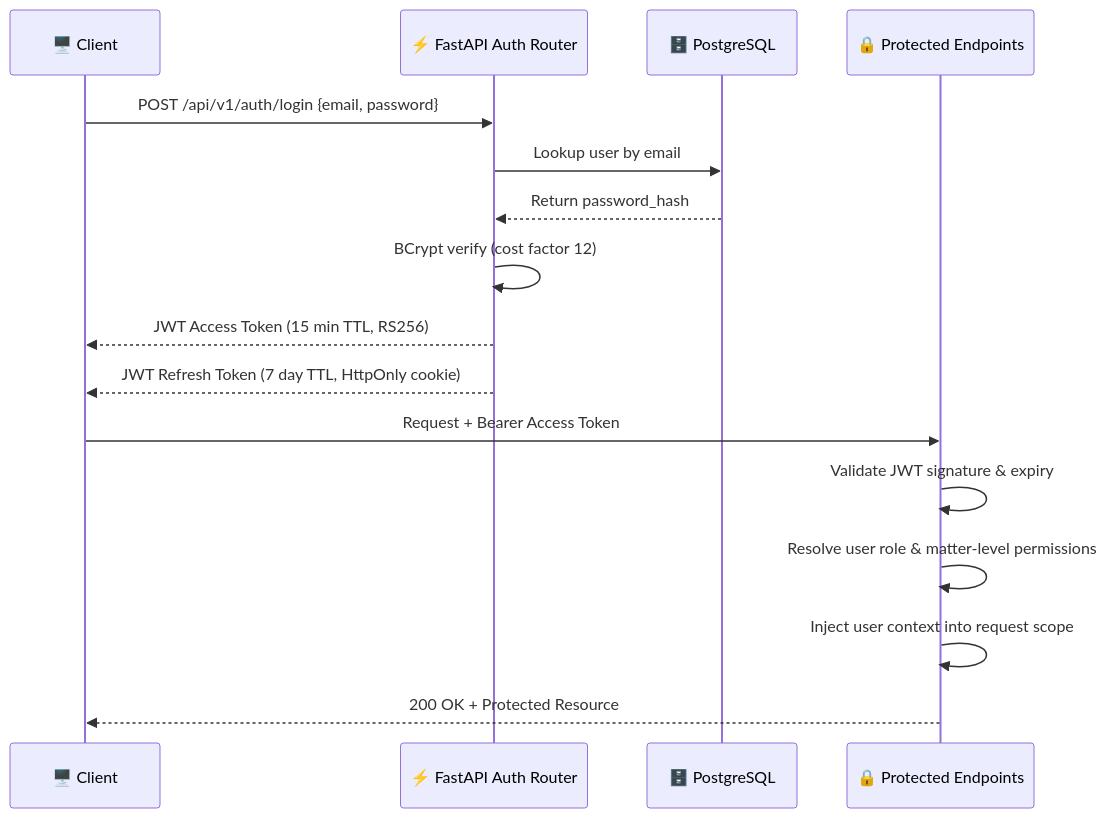
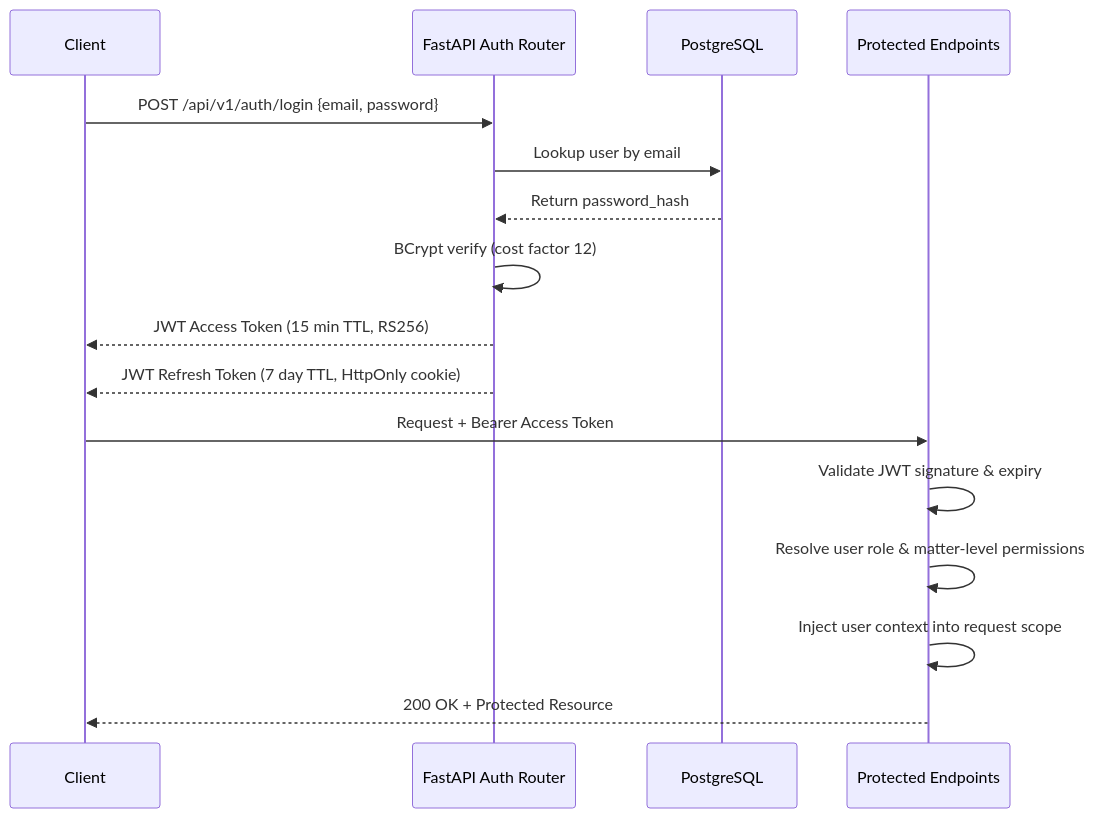
The second of 4 diagrams in README.md (mahak-codes22/leximind-ai), drawn with Mermaid before and after one commit. The commit also changed other lines of this file, not shown here.

````diff
--- a/README.md
+++ b/README.md
@@ -185,20 +185,20 @@
 ```mermaid
 sequenceDiagram
-    participant C as 🖥️ Client
-    participant A as ⚡ FastAPI Auth Router
-    participant DB as 🗄️ PostgreSQL
-    participant P as 🔒 Protected Endpoints
+    participant C as  Client
+    participant A as  FastAPI Auth Router
+    participant DB as  PostgreSQL
+    participant P as  Protected Endpoints
 
     C->>A: POST /api/v1/auth/login {email, password}
     A->>DB: Lookup user by email
     DB-->>A: Return password_hash
     A->>A: BCrypt verify (cost factor 12)
     A-->>C: JWT Access Token (15 min TTL, RS256)
     A-->>C: JWT Refresh Token (7 day TTL, HttpOnly cookie)
 
     C->>P: Request + Bearer Access Token
     P->>P: Validate JWT signature & expiry
     P->>P: Resolve user role & matter-level permissions
     P->>P: Inject user context into request scope
     P-->>C: 200 OK + Protected Resource
 ```
````
